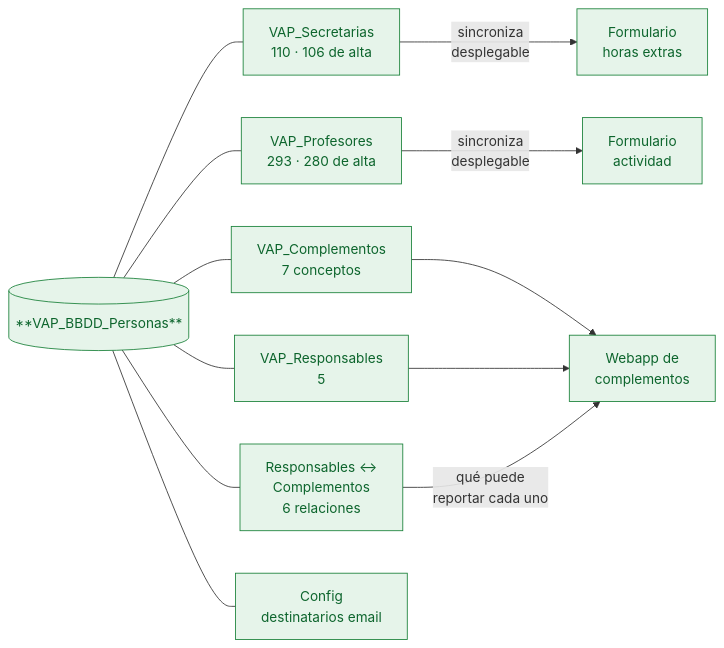
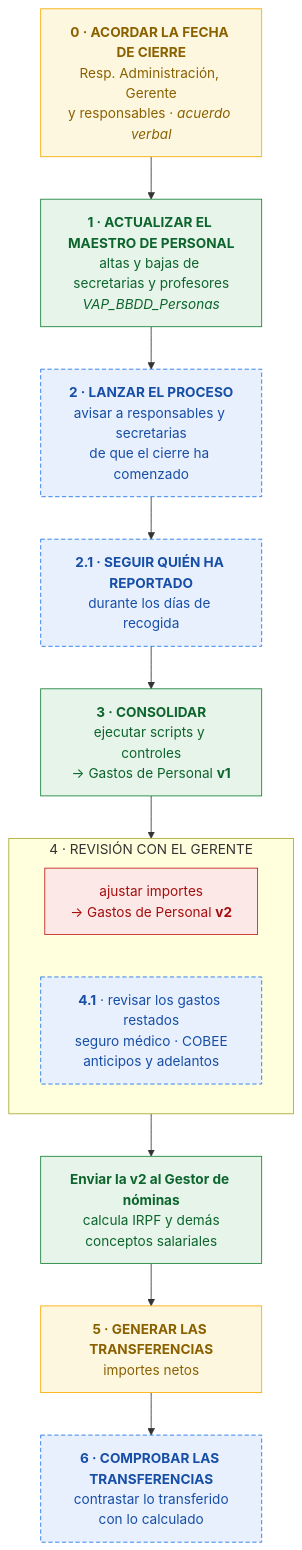
The third of 8 diagrams in docs/FLUJO.md (dev-GALA/Sistema_VAP), drawn with Mermaid before and after one commit. The commit also changed other lines of this file and 53 other files, not shown here.

````diff
--- a/docs/FLUJO.md
+++ b/docs/FLUJO.md
@@ -149,22 +198,36 @@
 ```mermaid
-flowchart LR
-    BBDD[("**VAP_BBDD_Personas**")]
+flowchart TB
+    P0["<b>0 · ACORDAR LA FECHA DE CIERRE</b><br/>Resp. Administración, Gerente<br/>y responsables · <i>acuerdo verbal</i>"]
 
-    SECS["VAP_Secretarias<br/>110 · 106 de alta"]
-    PROFS["VAP_Profesores<br/>293 · 280 de alta"]
-    CONC["VAP_Complementos<br/>7 conceptos"]
-    RESPS["VAP_Responsables<br/>5"]
-    RC["Responsables ↔<br/>Complementos<br/>6 relaciones"]
-    CONF["Config<br/>destinatarios email"]
+    P1["<b>1 · ACTUALIZAR EL MAESTRO DE PERSONAL</b><br/>altas y bajas de secretarias y profesores<br/><i>VAP_BBDD_Personas</i>"]
 
-    BBDD --- SECS & PROFS & CONC & RESPS & RC & CONF
+    P2["<b>2 · LANZAR EL PROCESO</b><br/>avisar a responsables y secretarias<br/>de que el cierre ha comenzado"]
 
-    SECS -->|"sincroniza<br/>desplegable"| FSEC["Formulario<br/>horas extras"]
-    PROFS -->|"sincroniza<br/>desplegable"| FPROF["Formulario<br/>actividad"]
-    CONC --> WEBAPP["Webapp de<br/>complementos"]
-    RESPS --> WEBAPP
-    RC -->|"qué puede<br/>reportar cada uno"| WEBAPP
+    P21["<b>2.1 · SEGUIR QUIÉN HA REPORTADO</b><br/>durante los días de recogida"]
+
+    P3["<b>3 · CONSOLIDAR</b><br/>ejecutar scripts y controles<br/>→ Gastos de Personal <b>v1</b>"]
+
+    subgraph REV["4 · REVISIÓN CON EL GERENTE"]
+        direction LR
+        P4["ajustar importes<br/>→ Gastos de Personal <b>v2</b>"]
+        P41["<b>4.1</b> · revisar los gastos restados<br/>seguro médico · COBEE<br/>anticipos y adelantos"]
+    end
+
+    P4B["<b>Enviar la v2 al Gestor de nóminas</b><br/>calcula IRPF y demás<br/>conceptos salariales"]
+
+    P5["<b>5 · GENERAR LAS TRANSFERENCIAS</b><br/>importes netos"]
+
+    P6["<b>6 · COMPROBAR LAS TRANSFERENCIAS</b><br/>contrastar lo transferido<br/>con lo calculado"]
+
+    P0 --> P1 --> P2 --> P21 --> P3 --> REV --> P4B --> P5 --> P6
 
     classDef ok fill:#e6f4ea,stroke:#188038,color:#0d652d
-    class BBDD,SECS,PROFS,CONC,RESPS,RC,CONF,FSEC,FPROF,WEBAPP ok
+    classDef manual fill:#fef7e0,stroke:#f9ab00,color:#8a6100
+    classDef riesgo fill:#fce8e6,stroke:#c5221f,color:#a50e0e
+    classDef pordefinir fill:#e8f0fe,stroke:#1a73e8,stroke-dasharray:5 3,color:#174ea6
+
+    class P1,P3,P4B ok
+    class P0,P5 manual
+    class P4 riesgo
+    class P2,P21,P41,P6 pordefinir
 ```
````
